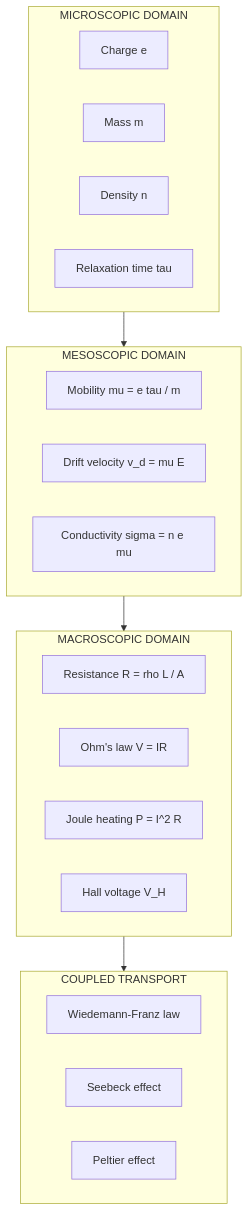
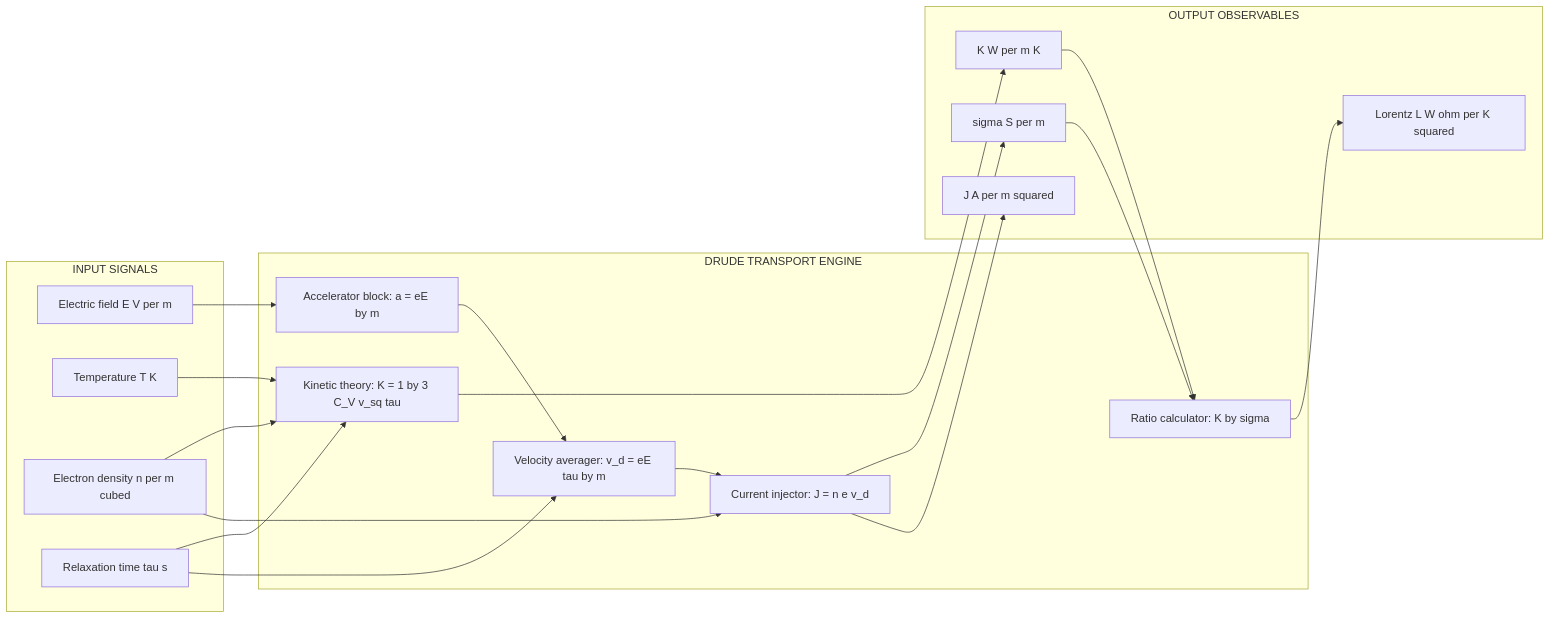
One commit to vishnuu-kr/ktunode changed the second of 3 diagrams in public/notes/computer-science-and-engineering/semester-1/gapht121-physics-for-information-science/01-module-1-electrical-conductivity/classical-free-electron-theory/notes.md. Above: the diagram before and after it, drawn with Mermaid. The commit also changed other lines of this file and 4829 other files, not shown here.

````diff
--- a/public/notes/computer-science-and-engineering/semester-1/gapht121-physics-for-information-science/01-module-1-electrical-conductivity/classical-free-electron-theory/notes.md
+++ b/public/notes/computer-science-and-engineering/semester-1/gapht121-physics-for-information-science/01-module-1-electrical-conductivity/classical-free-electron-theory/notes.md
@@ -474,31 +548,39 @@
 ```mermaid
-flowchart TB
-    subgraph MICRO["MICROSCOPIC DOMAIN"]
-        m1["Charge e"]
-        m2["Mass m"]
-        m3["Density n"]
-        m4["Relaxation time tau"]
+flowchart LR
+    subgraph INPUTS["INPUT SIGNALS"]
+        E1["Electric field E V per m"]
+        T1["Temperature T K"]
+        N1["Electron density n per m cubed"]
+        TAU1["Relaxation time tau s"]
     end
 
-    subgraph MESO["MESOSCOPIC DOMAIN"]
-        me1["Mobility mu = e tau / m"]
-        me2["Drift velocity v_d = mu E"]
-        me3["Conductivity sigma = n e mu"]
+    subgraph ENGINE["DRUDE TRANSPORT ENGINE"]
+        B1["Accelerator block: a = eE by m"]
+        B2["Velocity averager: v_d = eE tau by m"]
+        B3["Current injector: J = n e v_d"]
+        B4["Kinetic theory: K = 1 by 3 C_V v_sq tau"]
+        B5["Ratio calculator: K by sigma"]
     end
 
-    subgraph MACRO["MACROSCOPIC DOMAIN"]
-        ma1["Resistance R = rho L / A"]
-        ma2["Ohm's law V = IR"]
-        ma3["Joule heating P = I^2 R"]
-        ma4["Hall voltage V_H"]
+    subgraph OUTPUTS["OUTPUT OBSERVABLES"]
+        O1["sigma S per m"]
+        O2["J A per m squared"]
+        O3["K W per m K"]
+        O4["Lorentz L W ohm per K squared"]
     end
 
-    subgraph COUPLED["COUPLED TRANSPORT"]
-        c1["Wiedemann-Franz law"]
-        c2["Seebeck effect"]
-        c3["Peltier effect"]
-    end
-
-    MICRO --> MESO --> MACRO
-    MACRO --> COUPLED
+    E1 --> B1
+    B1 --> B2
+    B2 --> B3
+    B3 --> O2
+    N1 --> B3
+    TAU1 --> B2
+    T1 --> B4
+    N1 --> B4
+    TAU1 --> B4
+    B3 --> O1
+    B4 --> O3
+    O1 --> B5
+    O3 --> B5
+    B5 --> O4
 ```
````
